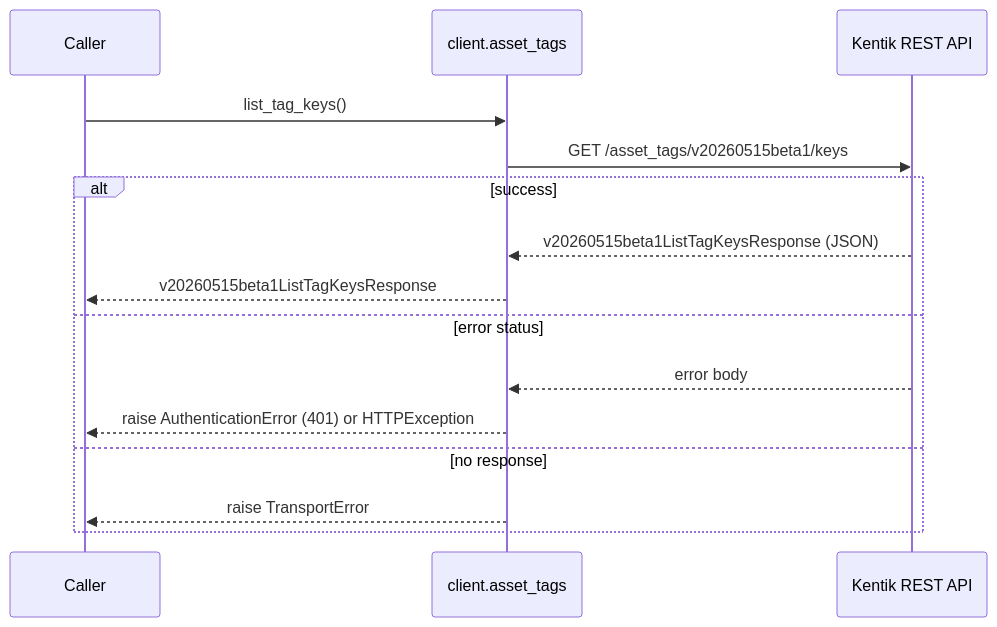
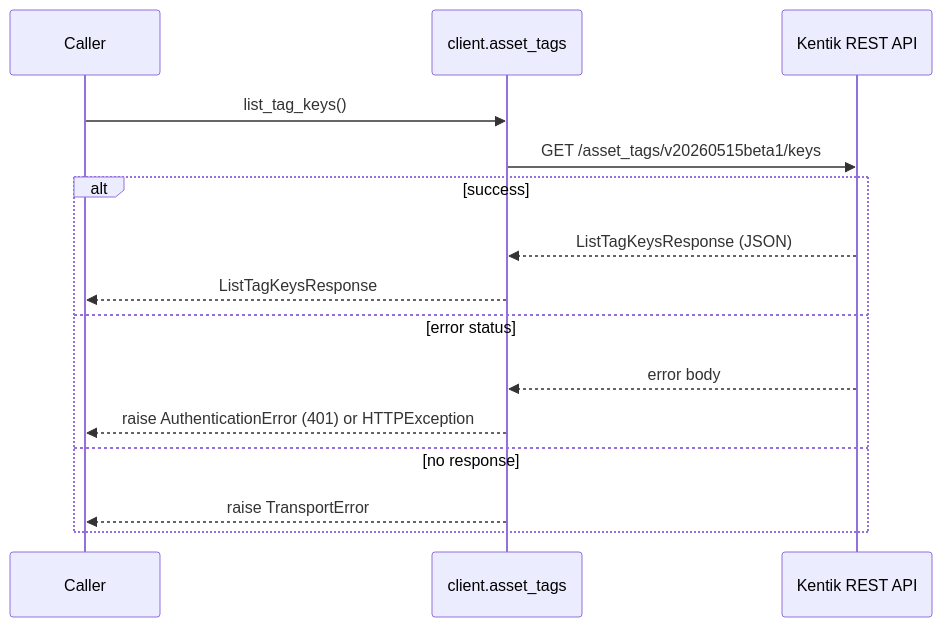
One commit to alexdearaujo/community_sdk_python changed the fourth of 20 diagrams in docs/sphinx/services/asset_tags.md. Above: the diagram before and after it, drawn with Mermaid. The commit also changed other lines of this file and 38 other files, not shown here.

````diff
--- a/docs/sphinx/services/asset_tags.md
+++ b/docs/sphinx/services/asset_tags.md
@@ -116,18 +116,18 @@
 ```mermaid
 sequenceDiagram
     participant C as Caller
     participant W as client.asset_tags
     participant API as Kentik REST API
 
     C->>W: list_tag_keys()
     W->>API: GET /asset_tags/v20260515beta1/keys
     alt success
-        API-->>W: v20260515beta1ListTagKeysResponse (JSON)
-        W-->>C: v20260515beta1ListTagKeysResponse
+        API-->>W: ListTagKeysResponse (JSON)
+        W-->>C: ListTagKeysResponse
     else error status
         API-->>W: error body
         W-->>C: raise AuthenticationError (401) or HTTPException
     else no response
         W-->>C: raise TransportError
     end
 ```
````
